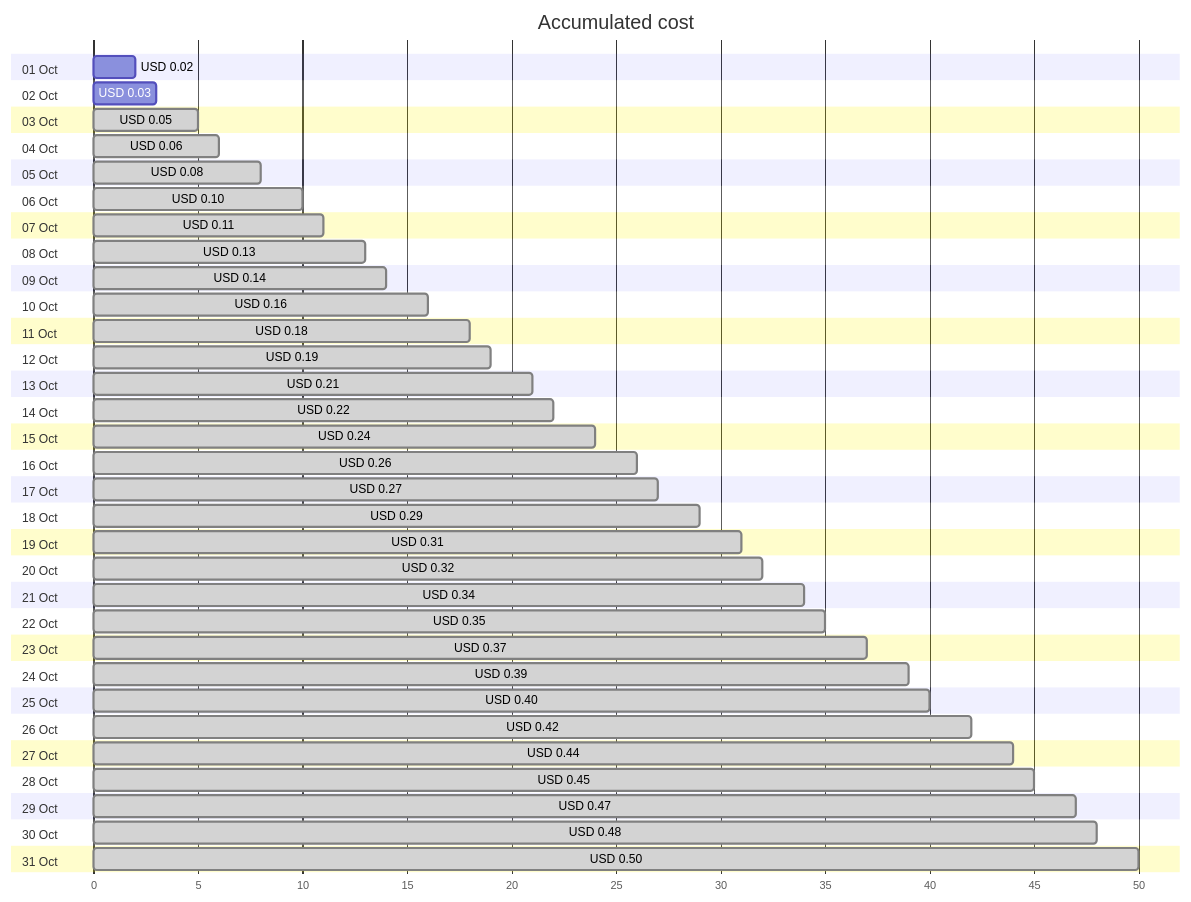
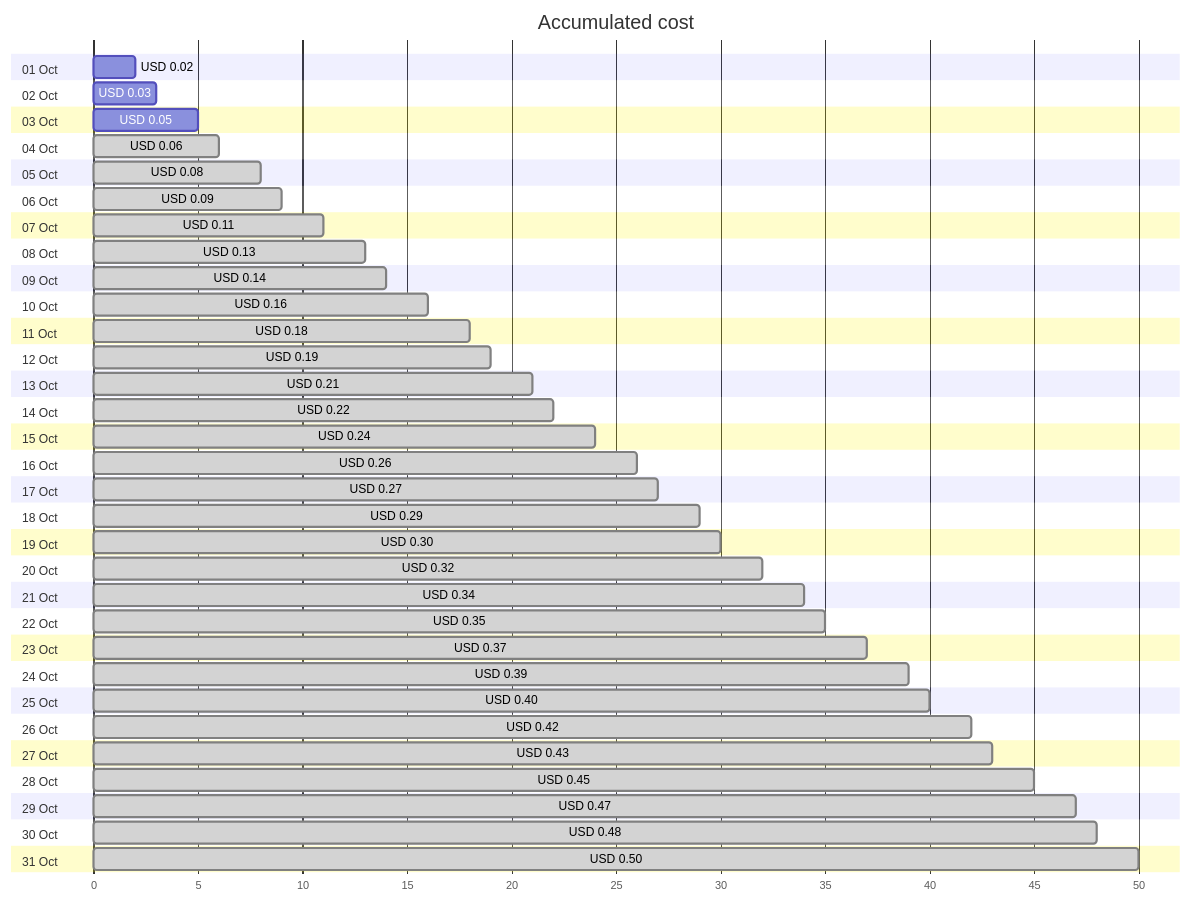
Before and after one commit to jpfulton/azure-personal-reports: the first of 4 diagrams in cost-reports/personal-network/private.jpatrickfulton.com.md, drawn with Mermaid. The commit also changed other lines of this file and 8 other files, not shown here.

````diff
--- a/cost-reports/personal-network/private.jpatrickfulton.com.md
+++ b/cost-reports/personal-network/private.jpatrickfulton.com.md
@@ -20,68 +20,68 @@
 ```mermaid
 gantt
    title Accumulated cost
    dateFormat  X
    axisFormat %s
    section 01 Oct
    USD 0.02 :0, 2
    section 02 Oct
    USD 0.03 :0, 3
    section 03 Oct
-   USD 0.05 : done, 0, 5
+   USD 0.05 :0, 5
    section 04 Oct
    USD 0.06 : done, 0, 6
    section 05 Oct
    USD 0.08 : done, 0, 8
    section 06 Oct
-   USD 0.10 : done, 0, 10
+   USD 0.09 : done, 0, 9
    section 07 Oct
    USD 0.11 : done, 0, 11
    section 08 Oct
    USD 0.13 : done, 0, 13
    section 09 Oct
    USD 0.14 : done, 0, 14
    section 10 Oct
    USD 0.16 : done, 0, 16
    section 11 Oct
    USD 0.18 : done, 0, 18
    section 12 Oct
    USD 0.19 : done, 0, 19
    section 13 Oct
    USD 0.21 : done, 0, 21
    section 14 Oct
    USD 0.22 : done, 0, 22
    section 15 Oct
    USD 0.24 : done, 0, 24
    section 16 Oct
    USD 0.26 : done, 0, 26
    section 17 Oct
    USD 0.27 : done, 0, 27
    section 18 Oct
    USD 0.29 : done, 0, 29
    section 19 Oct
-   USD 0.31 : done, 0, 31
+   USD 0.30 : done, 0, 30
    section 20 Oct
    USD 0.32 : done, 0, 32
    section 21 Oct
    USD 0.34 : done, 0, 34
    section 22 Oct
    USD 0.35 : done, 0, 35
    section 23 Oct
    USD 0.37 : done, 0, 37
    section 24 Oct
    USD 0.39 : done, 0, 39
    section 25 Oct
    USD 0.40 : done, 0, 40
    section 26 Oct
    USD 0.42 : done, 0, 42
    section 27 Oct
-   USD 0.44 : done, 0, 44
+   USD 0.43 : done, 0, 43
    section 28 Oct
    USD 0.45 : done, 0, 45
    section 29 Oct
    USD 0.47 : done, 0, 47
    section 30 Oct
    USD 0.48 : done, 0, 48
    section 31 Oct
    USD 0.50 : done, 0, 50
 ```
````
